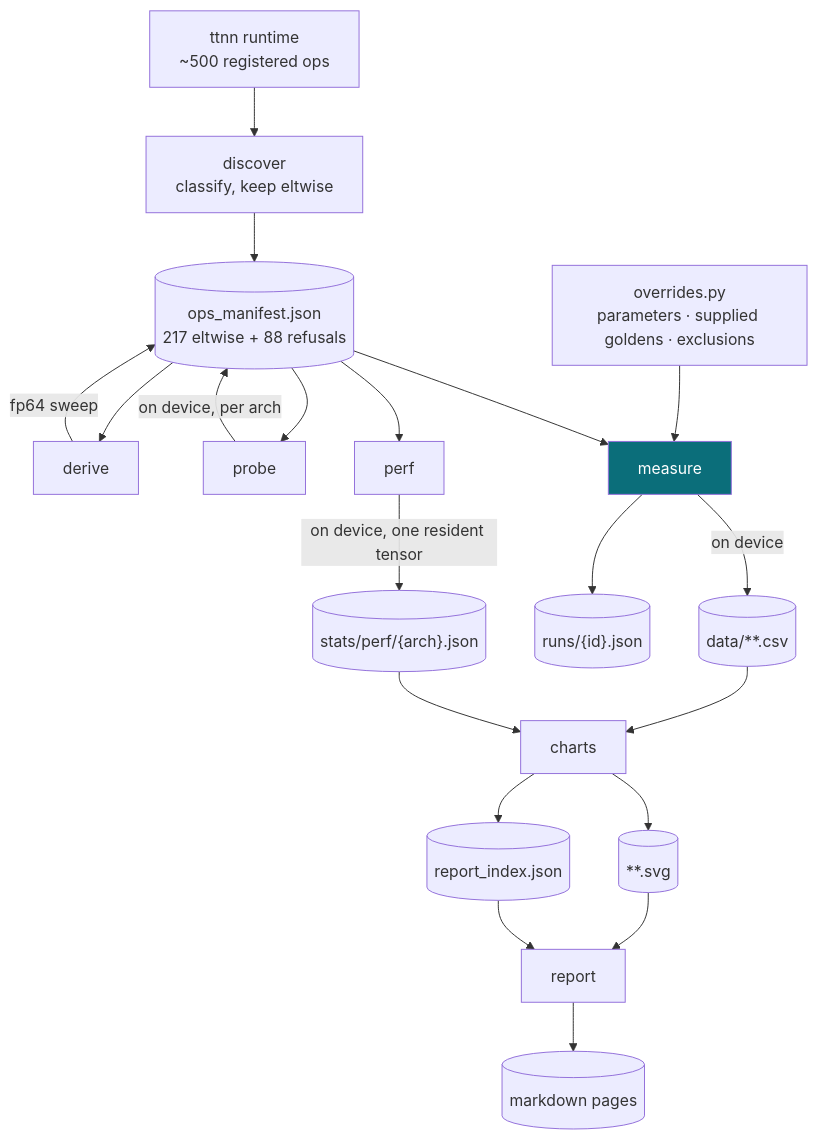
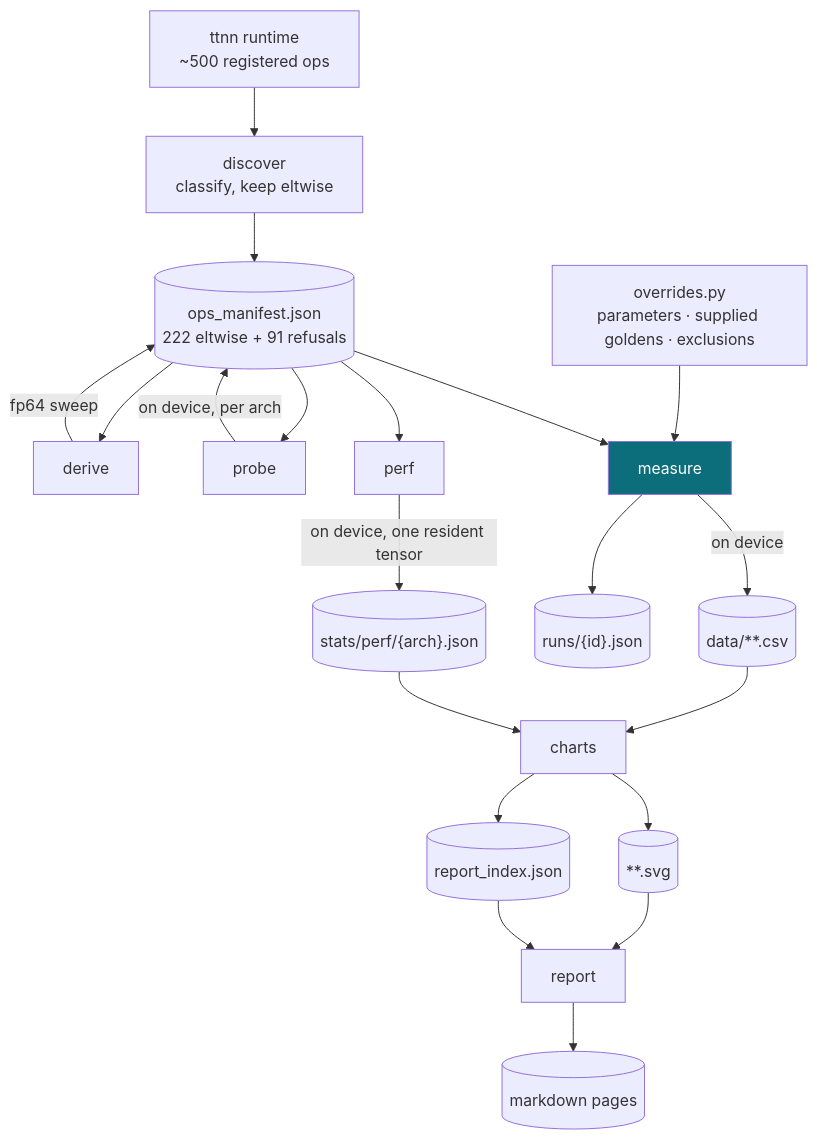
One commit to tenstorrent/tt-eltwise-accuracy-report changed the second of 4 diagrams in docs/architecture.md. Above: the diagram before and after it, drawn with Mermaid. The commit also changed other lines of this file and 3 other files, not shown here.

Commit message:
docs: 222 ops in 44 variants, and the 91 refusals are not a 91-op hole

````diff
--- a/docs/architecture.md
+++ b/docs/architecture.md
@@ -55,28 +55,28 @@
 ```mermaid
 flowchart TD
     T["ttnn runtime<br/>~500 registered ops"] --> D1["discover<br/>classify, keep eltwise"]
-    D1 --> M1[("ops_manifest.json<br/>217 eltwise + 88 refusals")]
+    D1 --> M1[("ops_manifest.json<br/>222 eltwise + 91 refusals")]
     M1 --> D2["derive"]
     D2 -->|fp64 sweep| M1
     M1 --> D3["probe"]
     D3 -->|on device, per arch| M1
 
     OVR["overrides.py<br/>parameters · supplied goldens · exclusions"] --> R1
     M1 --> R1
 
     R1["measure"] -->|on device| CSV[("data/**.csv")]
     R1 --> PROV[("runs/{id}.json")]
 
     M1 --> R2["perf"]
     R2 -->|on device, one resident tensor| PRF[("stats/perf/{arch}.json")]
 
     CSV --> C1["charts"] --> SVG[("**.svg")]
     PRF --> C1
     C1 --> IDX[("report_index.json")]
 
     SVG --> P1["report"]
     IDX --> P1
     P1 --> MD[("markdown pages")]
 
     style R1 fill:#0b6e7a,color:#fff
 ```
````
